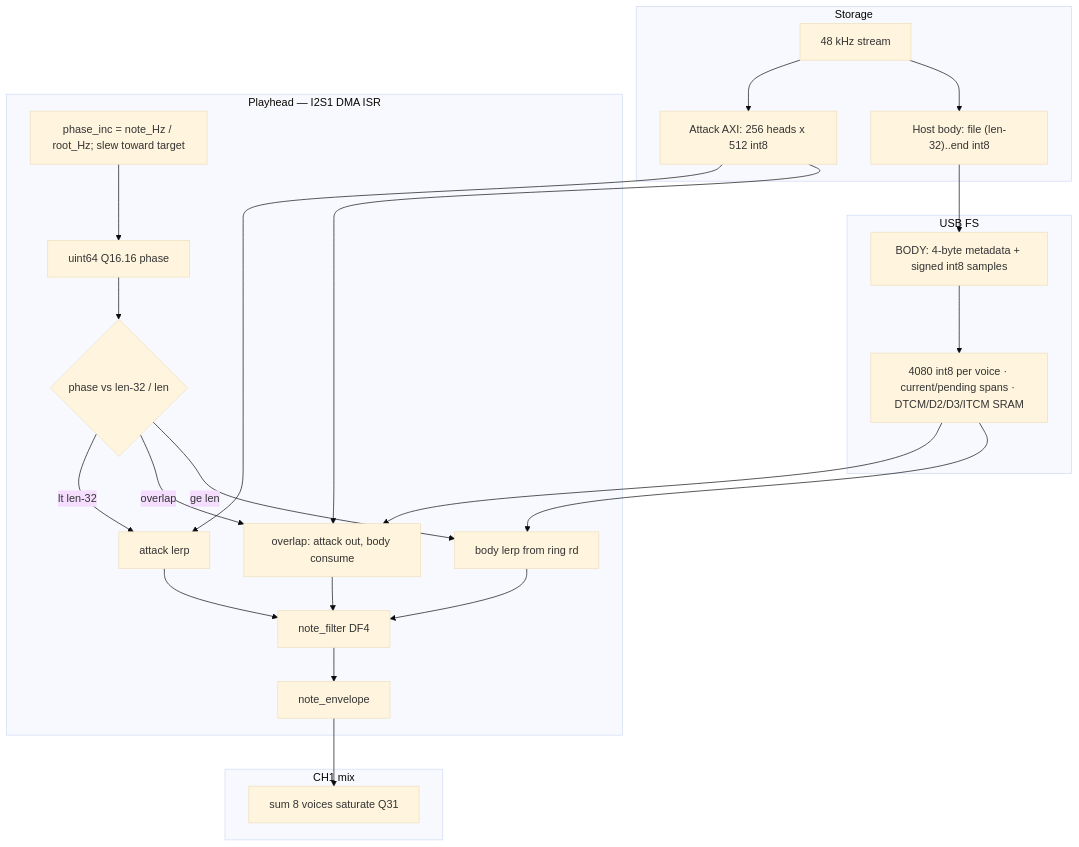
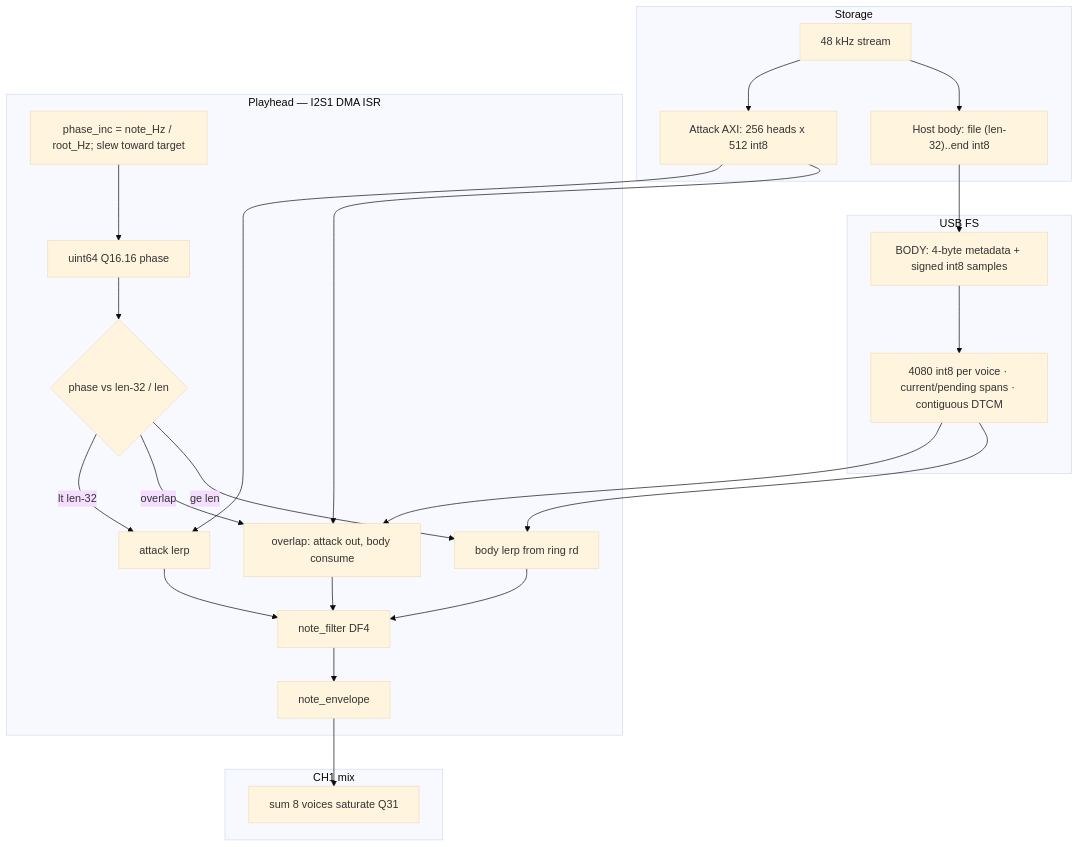
The second of 5 diagrams in docs/diagrams/card_data_flow.md (narendrabhatt-freshwater/firmware), drawn with Mermaid (base theme) before and after one commit. The commit also changed other lines of this file and 6 other files, not shown here.

````diff
--- a/docs/diagrams/card_data_flow.md
+++ b/docs/diagrams/card_data_flow.md
@@ -79,45 +79,45 @@
 ```mermaid
 flowchart TB
   subgraph store [Storage]
     File["48 kHz stream"]
     Atk["Attack AXI: 256 heads x 512 int8"]
     Body["Host body: file (len-32)..end int8"]
     File --> Atk
     File --> Body
   end
 
   subgraph usb [USB FS]
     Tag["BODY: 4-byte metadata + signed int8 samples"]
-    Slots["4080 int8 per voice · current/pending spans · DTCM/D2/D3/ITCM SRAM"]
+    Slots["4080 int8 per voice · current/pending spans · contiguous DTCM"]
     Body --> Tag --> Slots
   end
 
   subgraph play [Playhead — I2S1 DMA ISR]
     Ph["uint64 Q16.16 phase"]
     Inc["phase_inc = note_Hz / root_Hz; slew toward target"]
     Join{"phase vs len-32 / len"}
     AtkOnly["attack lerp"]
     Xfade["overlap: attack out, body consume"]
     BodyOnly["body lerp from ring rd"]
     Lpf["note_filter DF4"]
     Env["note_envelope"]
     Ph --> Join
     Inc --> Ph
     Atk --> AtkOnly
     Atk --> Xfade
     Slots --> Xfade
     Slots --> BodyOnly
     Join -->|lt len-32| AtkOnly
     Join -->|overlap| Xfade
     Join -->|ge len| BodyOnly
     AtkOnly --> Lpf
     Xfade --> Lpf
     BodyOnly --> Lpf
     Lpf --> Env
   end
 
   subgraph mix [CH1 mix]
     Sum["sum 8 voices saturate Q31"]
     Env --> Sum
   end
 ```
````
